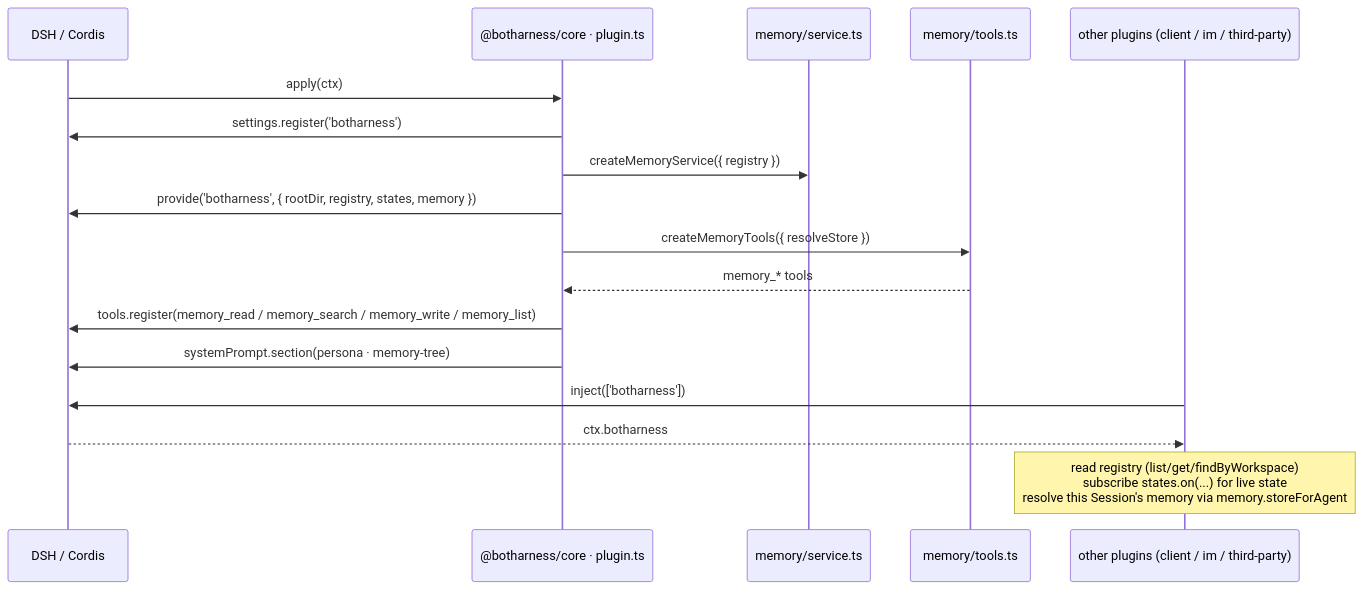
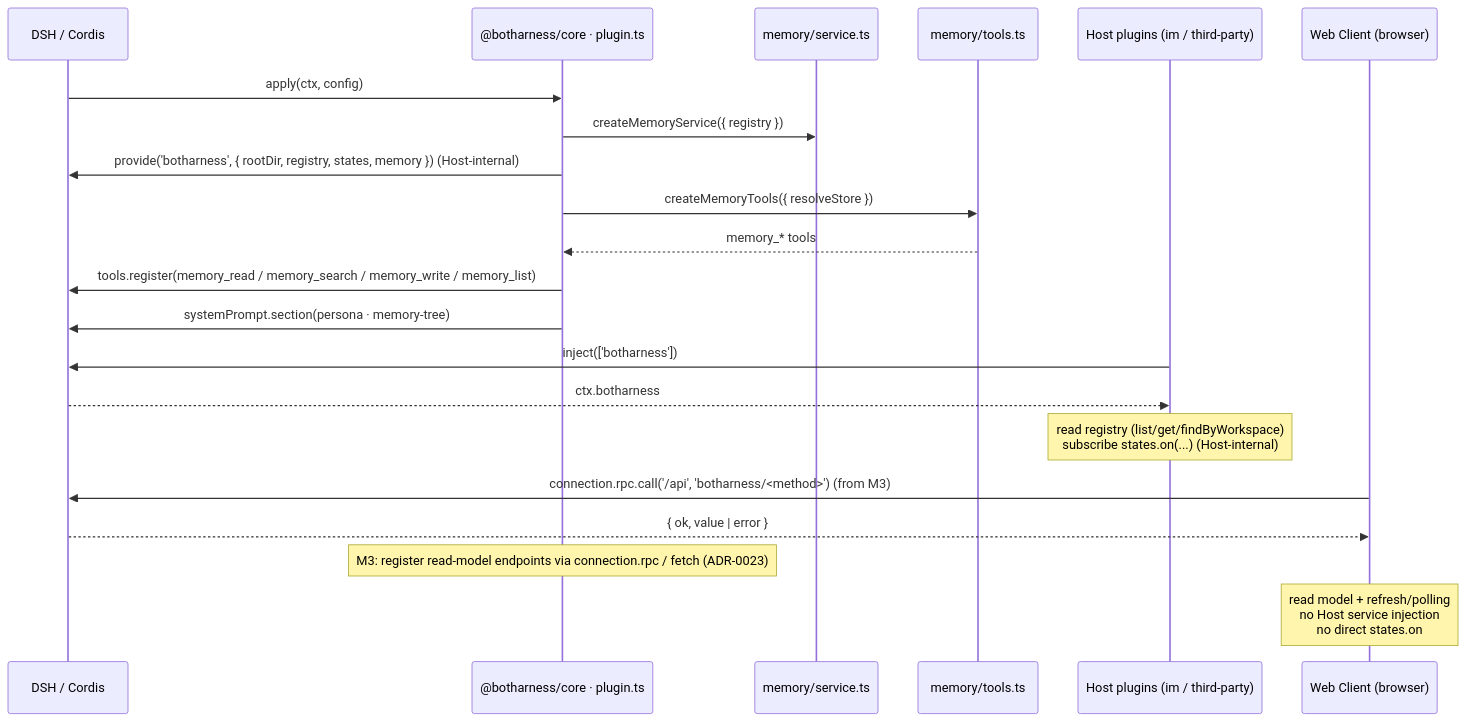
One commit to BotHarness/BotHarness changed the diagram in docs/architecture/diagrams/en/03-boot.mmd. Above: the diagram before and after it, drawn with Mermaid. The commit also changed 39 other files, not shown here.

First line of the commit message:
feat(core)!: DSH conformance — apply(ctx, config), manifest fields; client bridge spec

```diff
--- a/docs/architecture/diagrams/en/03-boot.mmd
+++ b/docs/architecture/diagrams/en/03-boot.mmd
@@ -1,18 +1,22 @@
 sequenceDiagram
   participant D as DSH / Cordis
   participant P as @botharness/core · plugin.ts
   participant M as memory/service.ts
   participant T as memory/tools.ts
-  participant O as other plugins (client / im / third-party)
+  participant O as Host plugins (im / third-party)
+  participant C as Web Client (browser)
 
-  D->>P: apply(ctx)
-  P->>D: settings.register('botharness')
+  D->>P: apply(ctx, config)
   P->>M: createMemoryService({ registry })
-  P->>D: provide('botharness', { rootDir, registry, states, memory })
+  P->>D: provide('botharness', { rootDir, registry, states, memory }) (Host-internal)
   P->>T: createMemoryTools({ resolveStore })
   T-->>P: memory_* tools
   P->>D: tools.register(memory_read / memory_search / memory_write / memory_list)
   P->>D: systemPrompt.section(persona · memory-tree)
   O->>D: inject(['botharness'])
   D-->>O: ctx.botharness
-  Note over O: read registry (list/get/findByWorkspace)<br/>subscribe states.on(...) for live state<br/>resolve this Session's memory via memory.storeForAgent
+  Note over O: read registry (list/get/findByWorkspace)<br/>subscribe states.on(...) (Host-internal)
+  C->>D: connection.rpc.call('/api', 'botharness/<method>') (from M3)
+  D-->>C: { ok, value | error }
+  Note over P: M3: register read-model endpoints via connection.rpc / fetch (ADR-0023)
+  Note over C: read model + refresh/polling<br/>no Host service injection<br/>no direct states.on
```
